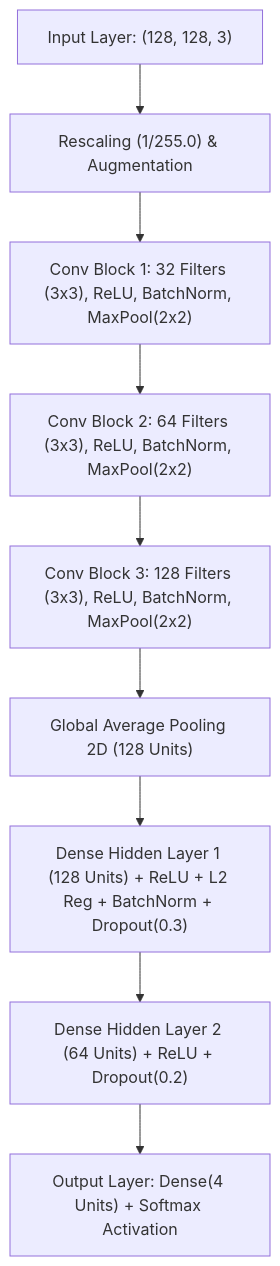
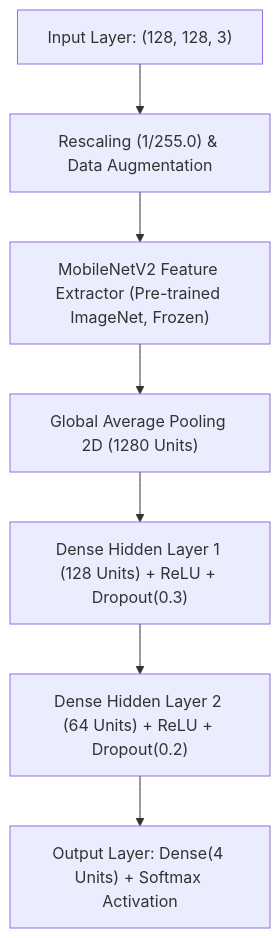
The second of 2 diagrams in smart-waste-classification-dnn/README.md (SwayamKohli/applied-generative-ai-labs), drawn with Mermaid before and after one commit. The commit also changed other lines of this file and 1 other file, not shown here.

Commit message:
feat: add MobileNetV2 transfer learning backbone and auto cache reset

````diff
--- a/smart-waste-classification-dnn/README.md
+++ b/smart-waste-classification-dnn/README.md
@@ -88,11 +90,9 @@
 ```mermaid
 flowchart TD
-    In["Input Layer: (128, 128, 3)"] --> Norm["Rescaling (1/255.0) & Augmentation"]
-    Norm --> C1["Conv Block 1: 32 Filters (3x3), ReLU, BatchNorm, MaxPool(2x2)"]
-    C1 --> C2["Conv Block 2: 64 Filters (3x3), ReLU, BatchNorm, MaxPool(2x2)"]
-    C2 --> C3["Conv Block 3: 128 Filters (3x3), ReLU, BatchNorm, MaxPool(2x2)"]
-    C3 --> GAP["Global Average Pooling 2D (128 Units)"]
-    GAP --> D1["Dense Hidden Layer 1 (128 Units) + ReLU + L2 Reg + BatchNorm + Dropout(0.3)"]
+    In["Input Layer: (128, 128, 3)"] --> Norm["Rescaling (1/255.0) & Data Augmentation"]
+    Norm --> Base["MobileNetV2 Feature Extractor (Pre-trained ImageNet, Frozen)"]
+    Base --> GAP["Global Average Pooling 2D (1280 Units)"]
+    GAP --> D1["Dense Hidden Layer 1 (128 Units) + ReLU + Dropout(0.3)"]
     D1 --> D2["Dense Hidden Layer 2 (64 Units) + ReLU + Dropout(0.2)"]
     D2 --> Out["Output Layer: Dense(4 Units) + Softmax Activation"]
 ```
````
